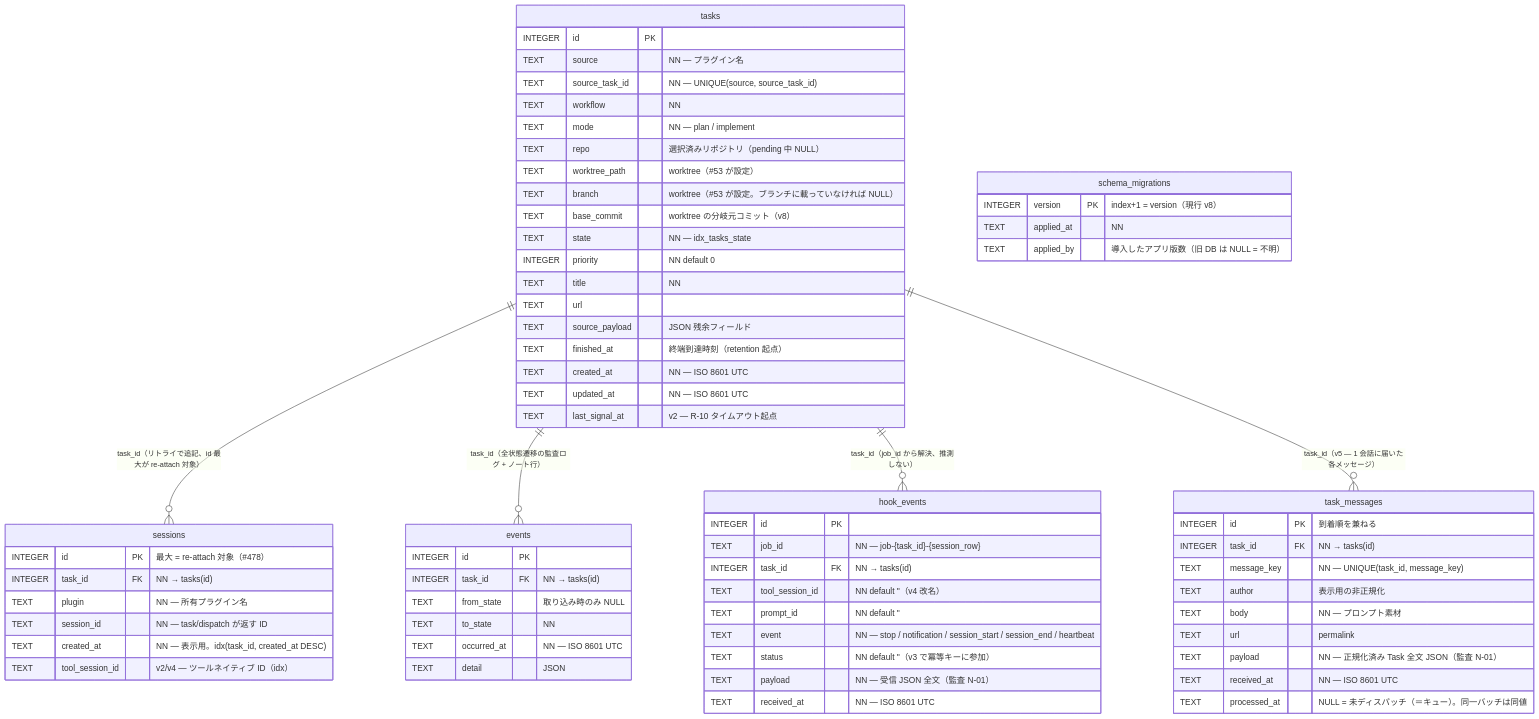
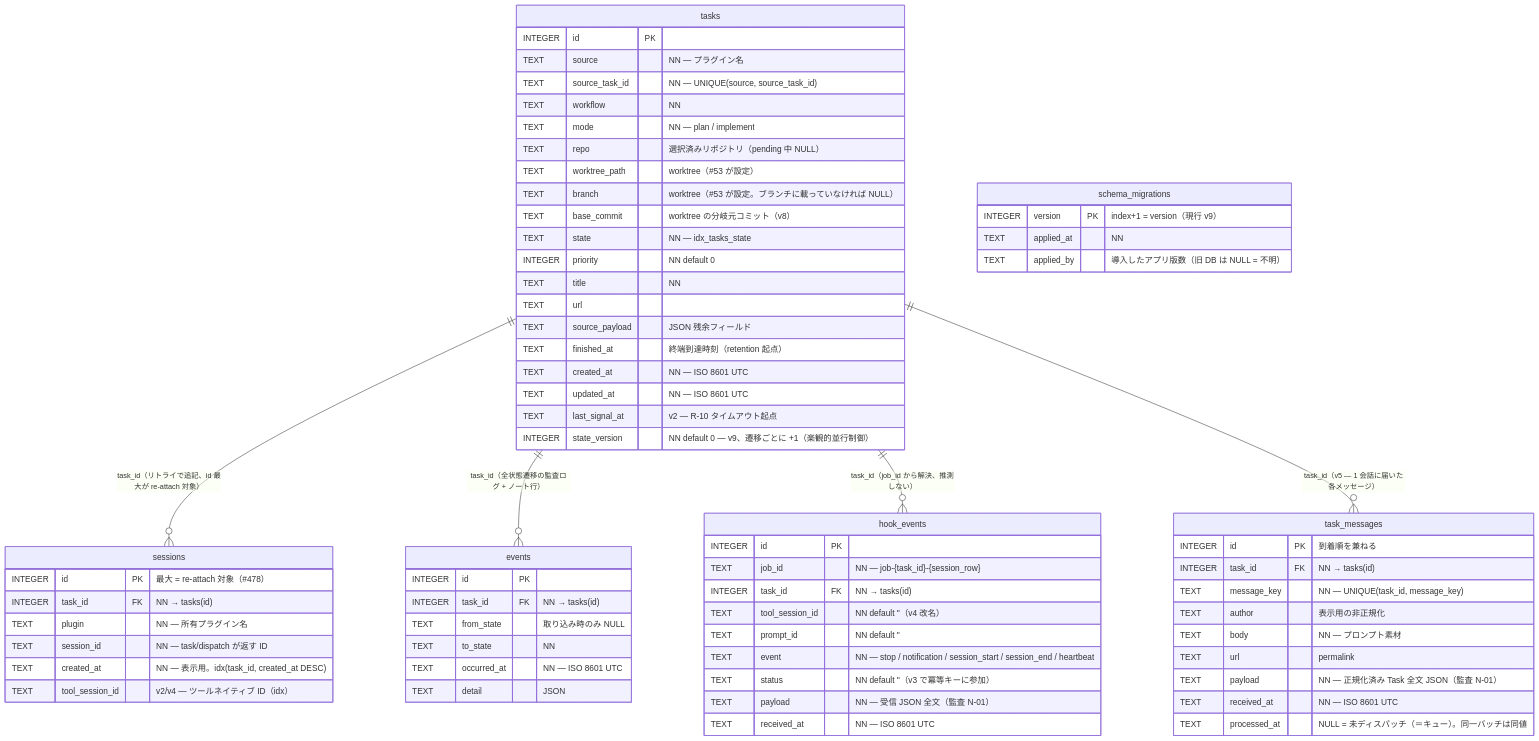
Before and after one commit to tomoya-k31/totsuka: the diagram in ai-docs/data/state-db.md, drawn with Mermaid. The commit also changed other lines of this file and 24 other files, not shown here.

````diff
--- a/ai-docs/data/state-db.md
+++ b/ai-docs/data/state-db.md
@@ -24,76 +24,77 @@
 ```mermaid
 erDiagram
     tasks ||--o{ sessions : "task_id（リトライで追記、id 最大が re-attach 対象）"
     tasks ||--o{ events : "task_id（全状態遷移の監査ログ + ノート行）"
     tasks ||--o{ hook_events : "task_id（job_id から解決、推測しない）"
     tasks ||--o{ task_messages : "task_id（v5 — 1 会話に届いた各メッセージ）"
 
     tasks {
         INTEGER id PK
         TEXT source "NN — プラグイン名"
         TEXT source_task_id "NN — UNIQUE(source, source_task_id)"
         TEXT workflow "NN"
         TEXT mode "NN — plan / implement"
         TEXT repo "選択済みリポジトリ（pending 中 NULL）"
         TEXT worktree_path "worktree（#53 が設定）"
         TEXT branch "worktree（#53 が設定。ブランチに載っていなければ NULL）"
         TEXT base_commit "worktree の分岐元コミット（v8）"
         TEXT state "NN — idx_tasks_state"
         INTEGER priority "NN default 0"
         TEXT title "NN"
         TEXT url
         TEXT source_payload "JSON 残余フィールド"
         TEXT finished_at "終端到達時刻（retention 起点）"
         TEXT created_at "NN — ISO 8601 UTC"
         TEXT updated_at "NN — ISO 8601 UTC"
         TEXT last_signal_at "v2 — R-10 タイムアウト起点"
+        INTEGER state_version "NN default 0 — v9、遷移ごとに +1（楽観的並行制御）"
     }
 
     sessions {
         INTEGER id PK "最大 = re-attach 対象（#478）"
         INTEGER task_id FK "NN → tasks(id)"
         TEXT plugin "NN — 所有プラグイン名"
         TEXT session_id "NN — task/dispatch が返す ID"
         TEXT created_at "NN — 表示用。idx(task_id, created_at DESC)"
         TEXT tool_session_id "v2/v4 — ツールネイティブ ID（idx）"
     }
 
     events {
         INTEGER id PK
         INTEGER task_id FK "NN → tasks(id)"
         TEXT from_state "取り込み時のみ NULL"
         TEXT to_state "NN"
         TEXT occurred_at "NN — ISO 8601 UTC"
         TEXT detail "JSON"
     }
 
     hook_events {
         INTEGER id PK
         TEXT job_id "NN — job-{task_id}-{session_row}"
         INTEGER task_id FK "NN → tasks(id)"
         TEXT tool_session_id "NN default ''（v4 改名）"
         TEXT prompt_id "NN default ''"
         TEXT event "NN — stop / notification / session_start / session_end / heartbeat"
         TEXT status "NN default ''（v3 で冪等キーに参加）"
         TEXT payload "NN — 受信 JSON 全文（監査 N-01）"
         TEXT received_at "NN — ISO 8601 UTC"
     }
 
     task_messages {
         INTEGER id PK "到着順を兼ねる"
         INTEGER task_id FK "NN → tasks(id)"
         TEXT message_key "NN — UNIQUE(task_id, message_key)"
         TEXT author "表示用の非正規化"
         TEXT body "NN — プロンプト素材"
         TEXT url "permalink"
         TEXT payload "NN — 正規化済み Task 全文 JSON（監査 N-01）"
         TEXT received_at "NN — ISO 8601 UTC"
         TEXT processed_at "NULL = 未ディスパッチ（＝キュー）。同一バッチは同値"
     }
 
     schema_migrations {
-        INTEGER version PK "index+1 = version（現行 v8）"
+        INTEGER version PK "index+1 = version（現行 v9）"
         TEXT applied_at "NN"
         TEXT applied_by "導入したアプリ版数（旧 DB は NULL = 不明）"
     }
 ```
````
